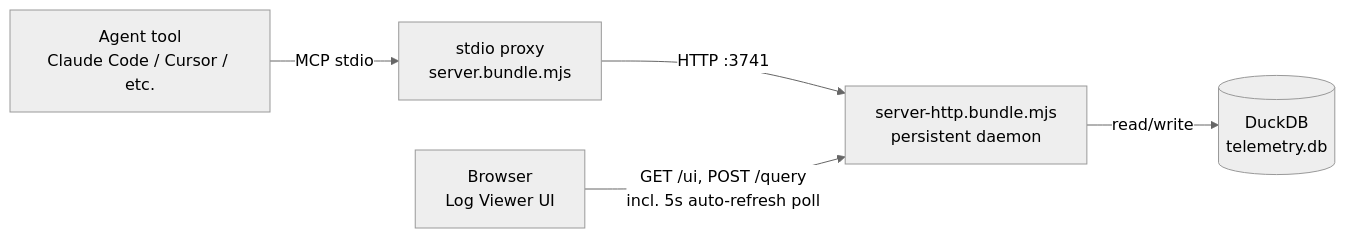
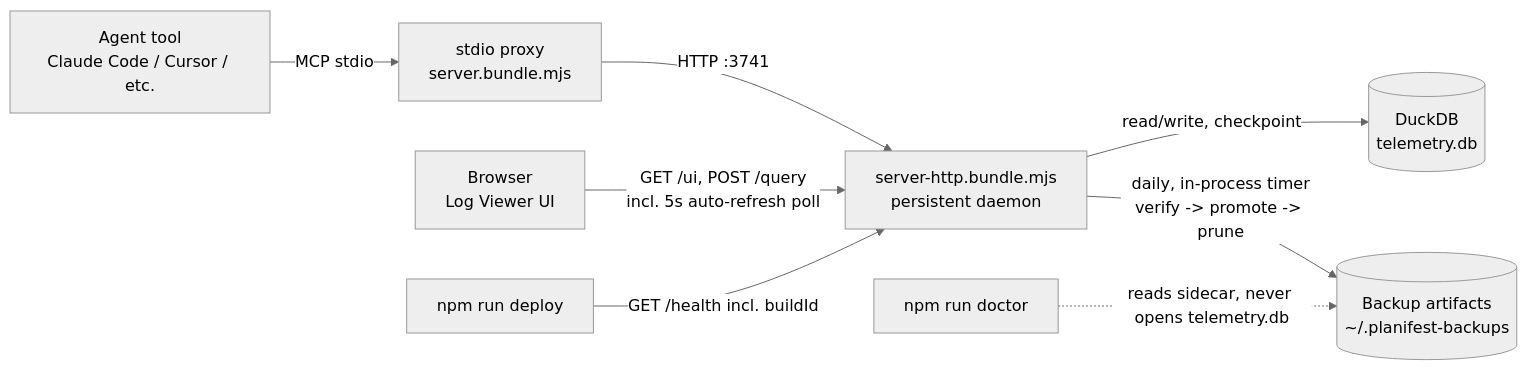
The diagram in docs/architecture-overview.md (planifest/structured-telemetry-mcp), drawn with Mermaid (neutral theme) before and after one commit. The commit also changed other lines of this file and 140 other files, not shown here.

````diff
--- a/docs/architecture-overview.md
+++ b/docs/architecture-overview.md
@@ -26,7 +26,10 @@
 ```mermaid
 flowchart LR
     Agent[Agent tool<br/>Claude Code / Cursor / etc.] -->|MCP stdio| Proxy[stdio proxy<br/>server.bundle.mjs]
     Proxy -->|HTTP :3741| Backend[server-http.bundle.mjs<br/>persistent daemon]
     Browser[Browser<br/>Log Viewer UI] -->|GET /ui, POST /query<br/>incl. 5s auto-refresh poll| Backend
-    Backend -->|read/write| DuckDB[(DuckDB<br/>telemetry.db)]
+    Backend -->|read/write, checkpoint| DuckDB[(DuckDB<br/>telemetry.db)]
+    Backend -->|daily, in-process timer<br/>verify -> promote -> prune| Backups[(Backup artifacts<br/>~/.planifest-backups)]
+    Deploy[npm run deploy] -->|GET /health incl. buildId| Backend
+    Doctor[npm run doctor] -.->|reads sidecar, never opens telemetry.db| Backups
 ```
````
